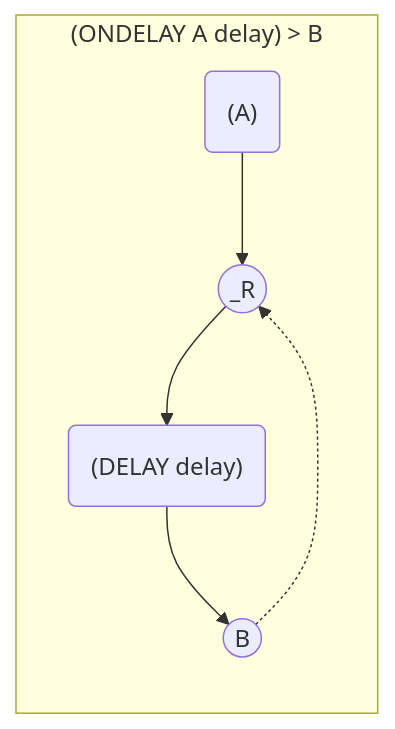
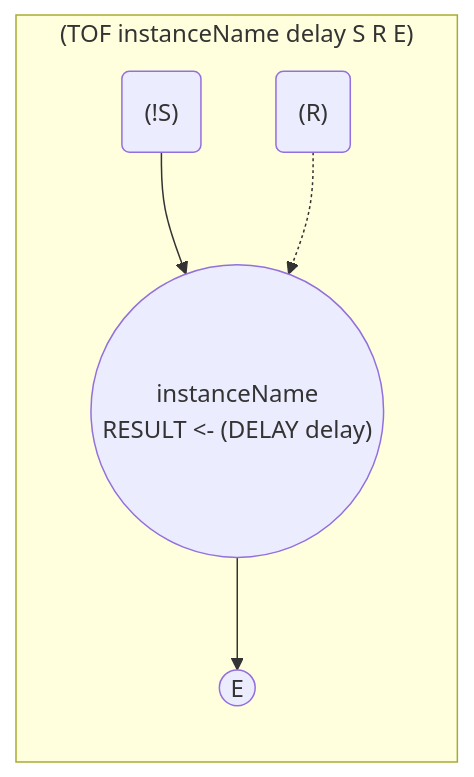
One commit to DualsoftDev/ds changed the eighth of 10 diagrams in Doc/Language/ds-language-table.md. Above: the diagram before and after it, drawn with Mermaid. The commit also changed other lines of this file, not shown here.

````diff
--- a/Doc/Language/ds-language-table.md
+++ b/Doc/Language/ds-language-table.md
@@ -218,6 +190,7 @@
 ```mermaid
     graph LR;
-        subgraph "(ONDELAY A delay) > B"
-        id("(A)") --> R((_R)) --> X("(DELAY delay)") --> B((B)) .-> R
+        subgraph "(TOF instanceName delay S R E)"
+        id("(!S)") --> X(("instanceName<br>RESULT <- (DELAY delay)")) --> E((E))
+        R("(R)") .-> X
         end
   ```
````
